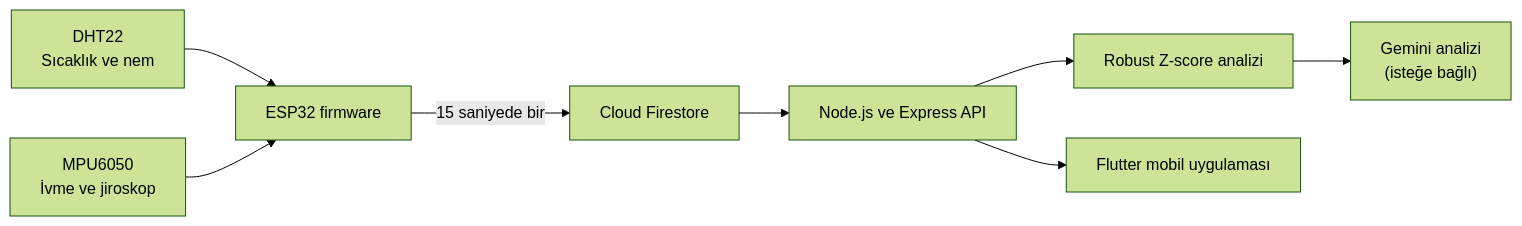
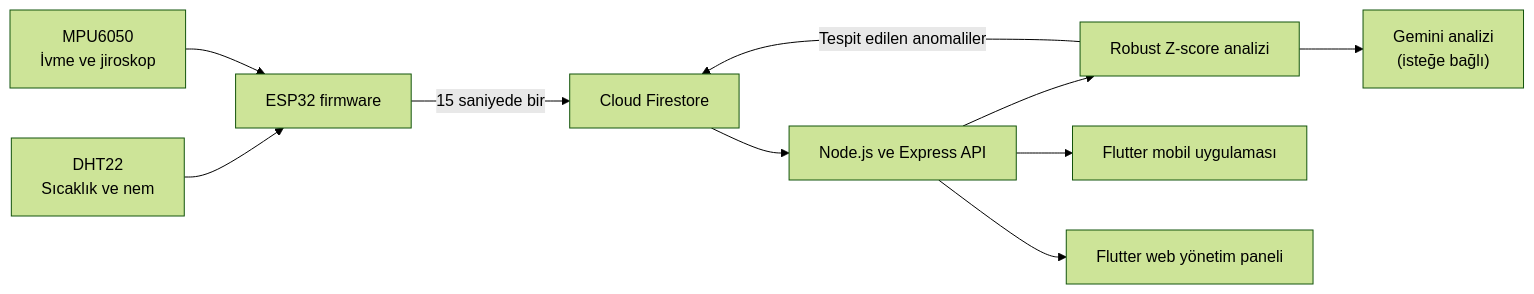
Before and after one commit to burakakcay/ESP32-IoT-Anomaly: the diagram in README.md, drawn with Mermaid (forest theme). The commit also changed other lines of this file and 1 other file, not shown here.

Commit message:
docs: kurulum, web paneli ve anomali geçmişi belgeleri güncellendi

````diff
--- a/README.md
+++ b/README.md
@@ -23,10 +33,12 @@
 ```mermaid
 flowchart LR
     DHT["DHT22<br/>Sıcaklık ve nem"] --> ESP["ESP32 firmware"]
     MPU["MPU6050<br/>İvme ve jiroskop"] --> ESP
     ESP -->|"15 saniyede bir"| FS["Cloud Firestore"]
     FS --> API["Node.js ve Express API"]
     API --> AN["Robust Z-score analizi"]
     AN --> AI["Gemini analizi<br/>(isteğe bağlı)"]
     API --> APP["Flutter mobil uygulaması"]
+    API --> WEB["Flutter web yönetim paneli"]
+    AN -->|"Tespit edilen anomaliler"| FS
 ```
````
